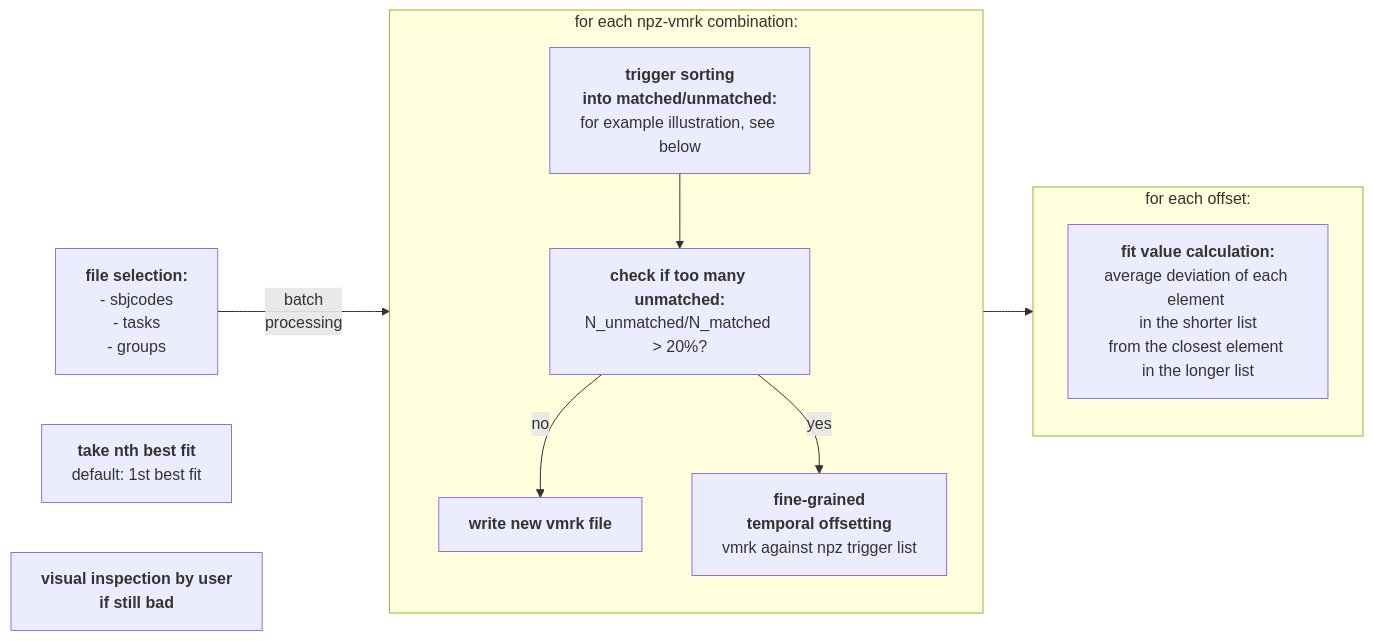
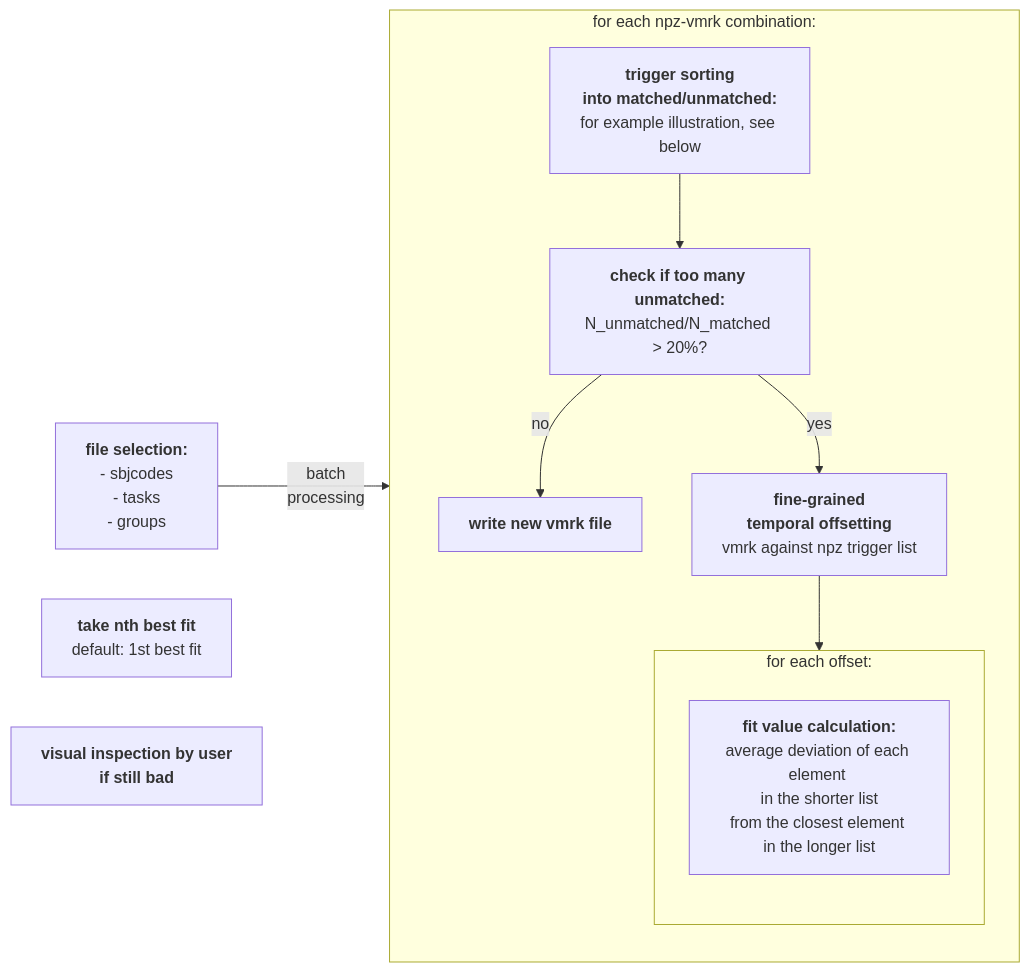
One commit to neuro-dream/Trigger-Fix changed the diagram in README.md. Above: the diagram before and after it, drawn with Mermaid.

````diff
--- a/README.md
+++ b/README.md
@@ -6,32 +6,34 @@
 ```mermaid
 
 %% (function: <a href='https://github.com/neurodream/Trigger-Fix/blob/main/trigfix/trigger_compare_functions.py#L92'>apply_fix</a>)
 
 graph LR;
     A["<b>file selection:</b><br>- sbjcodes<br> - tasks<br> - groups"]
     B["<b>trigger sorting<br>into matched/unmatched:</b><br>for example illustration, see below"]
     C["<b>check if too many unmatched:</b><br>N_unmatched/N_matched > 20%?"]
     D["<b>fine-grained <br>temporal offsetting</b><br>vmrk against npz trigger list"]
     E["<b>fit value calculation:</b><br>average deviation of each element <br> in the shorter list <br>from the closest element <br>in the longer list"]
     F["<b>take nth best fit</b><br>default: 1st best fit"]
     G["<b>write new vmrk file</b>"]
     H["<b>visual inspection by user <br>if still bad</b>"]
 
 subgraph for_each_file_comb["for each npz-vmrk combination:"]
     direction TB
     B-->C;
     C-->|no|G;
     C-->|yes|D;
-    
+    subgraph for_each_offset["for each offset:"]
+        direction TB
+        E
+    end
+    D-->for_each_offset;
 end
 
-subgraph for_each_offset["for each offset:"]
-    E
-end
+
 
     A--"batch <br>processing"-->for_each_file_comb;
-    D-->for_each_offset;
+    
     %% A-->C;
     %% B-->D;
     %% C-->D;
 ```
````
